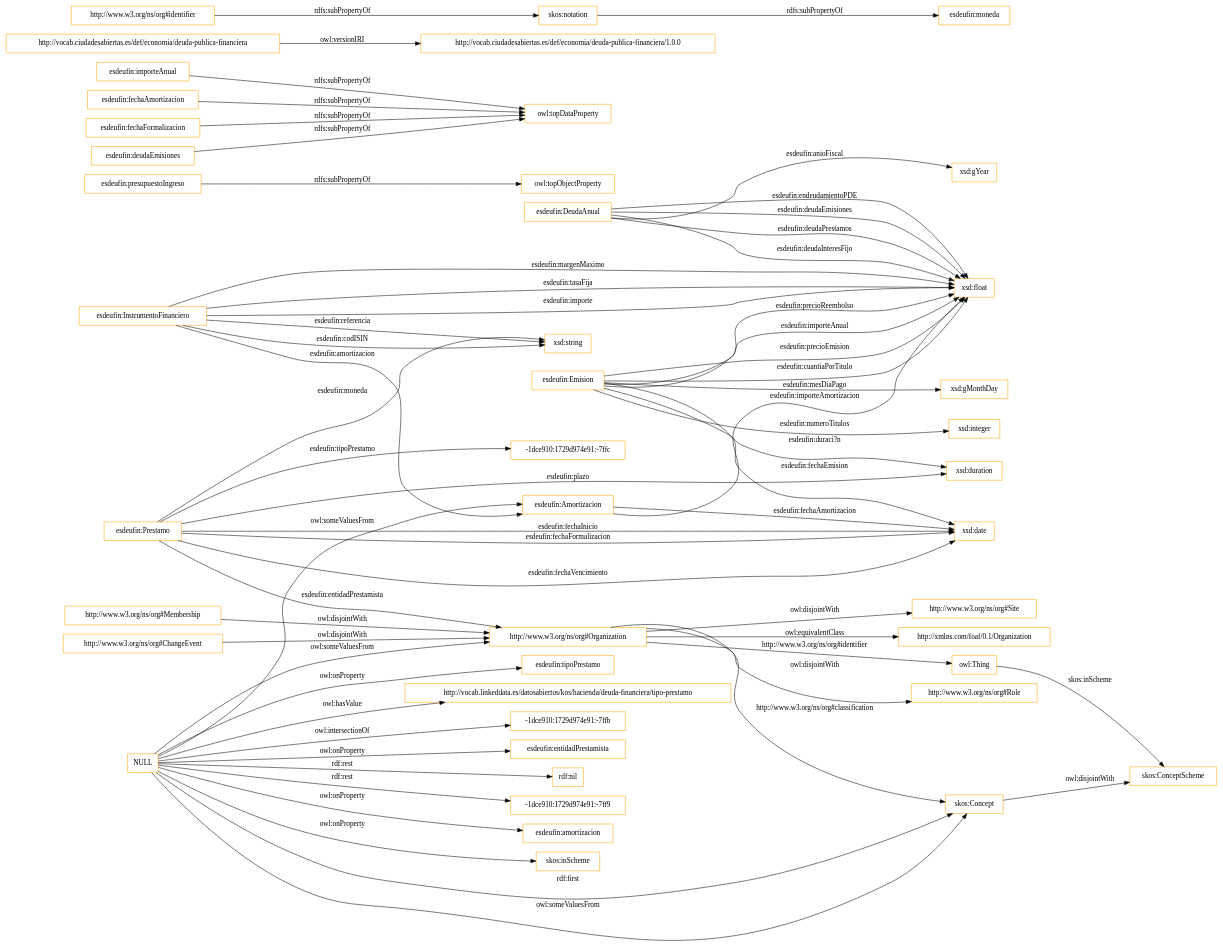
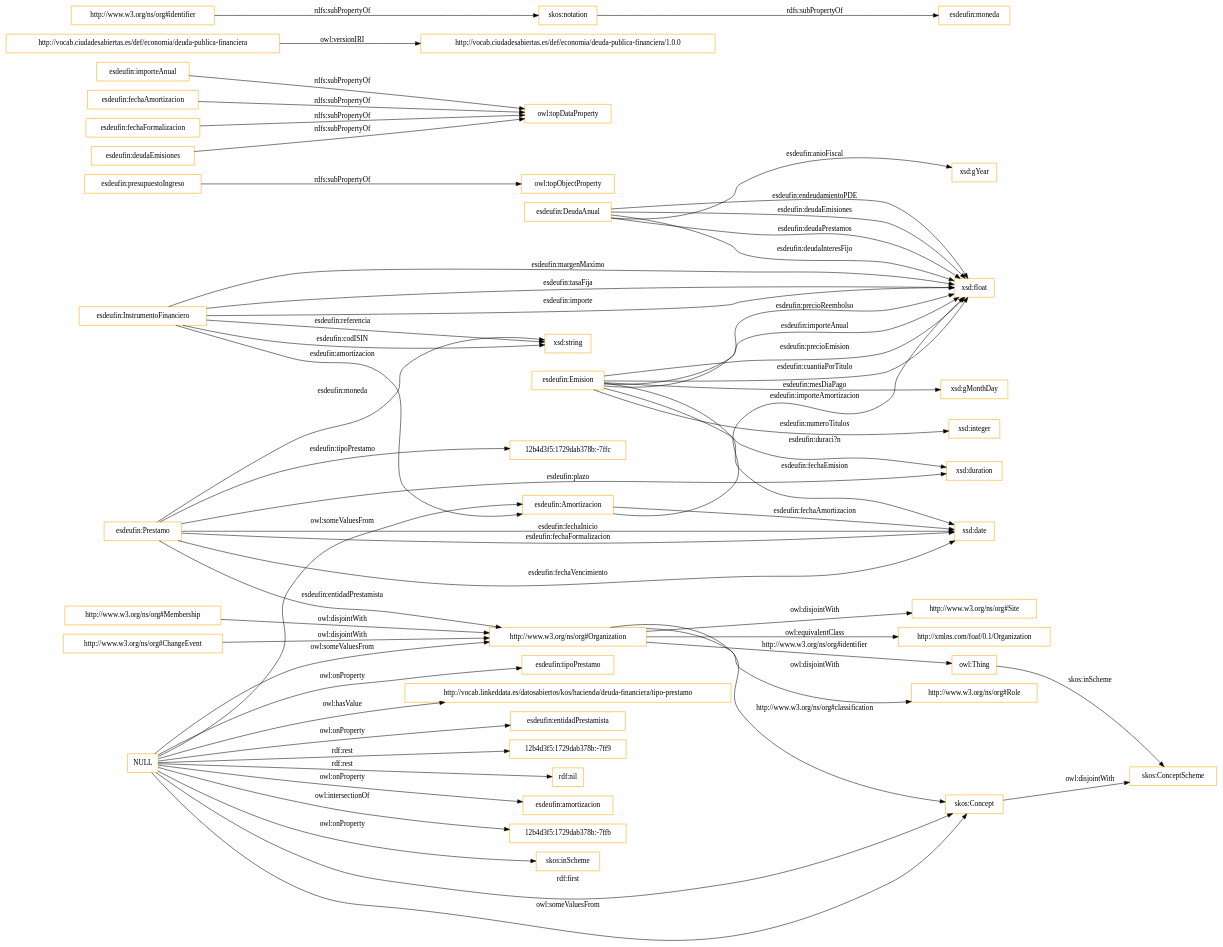
The diagram in OnToology/ontology/deudaPublicaFinanciera.owl/diagrams/ar2dtool-class/deudaPublicaFinanciera.owl.png.dot (leticiarubalcabadg/vocab-economia-deuda-financiera), drawn with Graphviz before and after one commit. The commit also changed 2 other files, not shown here.

```diff
--- a/OnToology/ontology/deudaPublicaFinanciera.owl/diagrams/ar2dtool-class/deudaPublicaFinanciera.owl.png.dot
+++ b/OnToology/ontology/deudaPublicaFinanciera.owl/diagrams/ar2dtool-class/deudaPublicaFinanciera.owl.png.dot
@@ -1,63 +1,63 @@
 digraph ar2dtool_diagram { 
 rankdir=LR;
 size="1501"
-node [shape = rectangle, color="orange"]; "esdeufin:InstrumentoFinanciero" "esdeufin:DeudaAnual" "esdeufin:Emision" "-1dce910:1729d974e91:-7ffc" "esdeufin:Amortizacion" "http://www.w3.org/ns/org#Site" "skos:ConceptScheme" "esdeufin:Prestamo" "http://xmlns.com/foaf/0.1/Organization" "skos:Concept" "http://www.w3.org/ns/org#Organization" "http://www.w3.org/ns/org#Role" "http://www.w3.org/ns/org#ChangeEvent" "http://www.w3.org/ns/org#Membership" ; /*classes style*/
+node [shape = rectangle, color="orange"]; "esdeufin:InstrumentoFinanciero" "esdeufin:DeudaAnual" "esdeufin:Emision" "esdeufin:Amortizacion" "http://www.w3.org/ns/org#Site" "skos:ConceptScheme" "esdeufin:Prestamo" "http://xmlns.com/foaf/0.1/Organization" "skos:Concept" "http://www.w3.org/ns/org#Organization" "http://www.w3.org/ns/org#Role" "12b4d3f5:1729dab378b:-7ffc" "http://www.w3.org/ns/org#ChangeEvent" "http://www.w3.org/ns/org#Membership" ; /*classes style*/
 	"esdeufin:presupuestoIngreso" -> "owl:topObjectProperty" [ label = "rdfs:subPropertyOf" ];
 	"esdeufin:importeAnual" -> "owl:topDataProperty" [ label = "rdfs:subPropertyOf" ];
 	"skos:Concept" -> "skos:ConceptScheme" [ label = "owl:disjointWith" ];
 	"http://www.w3.org/ns/org#Membership" -> "http://www.w3.org/ns/org#Organization" [ label = "owl:disjointWith" ];
 	"http://vocab.ciudadesabiertas.es/def/economia/deuda-publica-financiera" -> "http://vocab.ciudadesabiertas.es/def/economia/deuda-publica-financiera/1.0.0" [ label = "owl:versionIRI" ];
 	"http://www.w3.org/ns/org#Organization" -> "http://www.w3.org/ns/org#Role" [ label = "owl:disjointWith" ];
 	"http://www.w3.org/ns/org#Organization" -> "http://xmlns.com/foaf/0.1/Organization" [ label = "owl:equivalentClass" ];
 	"http://www.w3.org/ns/org#Organization" -> "http://www.w3.org/ns/org#Site" [ label = "owl:disjointWith" ];
 	"http://www.w3.org/ns/org#ChangeEvent" -> "http://www.w3.org/ns/org#Organization" [ label = "owl:disjointWith" ];
 	"NULL" -> "esdeufin:tipoPrestamo" [ label = "owl:onProperty" ];
 	"NULL" -> "http://vocab.linkeddata.es/datosabiertos/kos/hacienda/deuda-financiera/tipo-prestamo" [ label = "owl:hasValue" ];
 	"NULL" -> "skos:Concept" [ label = "rdf:first" ];
-	"NULL" -> "-1dce910:1729d974e91:-7ffb" [ label = "owl:intersectionOf" ];
 	"NULL" -> "esdeufin:entidadPrestamista" [ label = "owl:onProperty" ];
+	"NULL" -> "12b4d3f5:1729dab378b:-7ff9" [ label = "rdf:rest" ];
 	"NULL" -> "rdf:nil" [ label = "rdf:rest" ];
 	"NULL" -> "skos:Concept" [ label = "owl:someValuesFrom" ];
 	"NULL" -> "http://www.w3.org/ns/org#Organization" [ label = "owl:someValuesFrom" ];
-	"NULL" -> "-1dce910:1729d974e91:-7ff9" [ label = "rdf:rest" ];
 	"NULL" -> "esdeufin:amortizacion" [ label = "owl:onProperty" ];
 	"NULL" -> "esdeufin:Amortizacion" [ label = "owl:someValuesFrom" ];
+	"NULL" -> "12b4d3f5:1729dab378b:-7ffb" [ label = "owl:intersectionOf" ];
 	"NULL" -> "skos:inScheme" [ label = "owl:onProperty" ];
 	"skos:notation" -> "esdeufin:moneda" [ label = "rdfs:subPropertyOf" ];
 	"esdeufin:fechaAmortizacion" -> "owl:topDataProperty" [ label = "rdfs:subPropertyOf" ];
 	"http://www.w3.org/ns/org#identifier" -> "skos:notation" [ label = "rdfs:subPropertyOf" ];
 	"esdeufin:fechaFormalizacion" -> "owl:topDataProperty" [ label = "rdfs:subPropertyOf" ];
 	"esdeufin:deudaEmisiones" -> "owl:topDataProperty" [ label = "rdfs:subPropertyOf" ];
 	"esdeufin:Emision" -> "xsd:integer" [ label = "esdeufin:numeroTitulos" ];
 	"esdeufin:DeudaAnual" -> "xsd:float" [ label = "esdeufin:endeudamientoPDE" ];
 	"esdeufin:Emision" -> "xsd:gMonthDay" [ label = "esdeufin:mesDiaPago" ];
 	"esdeufin:InstrumentoFinanciero" -> "xsd:float" [ label = "esdeufin:margenMaximo" ];
 	"esdeufin:InstrumentoFinanciero" -> "xsd:string" [ label = "esdeufin:codISIN" ];
 	"esdeufin:Prestamo" -> "xsd:date" [ label = "esdeufin:fechaVencimiento" ];
 	"esdeufin:InstrumentoFinanciero" -> "xsd:float" [ label = "esdeufin:tasaFija" ];
 	"esdeufin:InstrumentoFinanciero" -> "xsd:string" [ label = "esdeufin:referencia" ];
 	"esdeufin:InstrumentoFinanciero" -> "esdeufin:Amortizacion" [ label = "esdeufin:amortizacion" ];
 	"owl:Thing" -> "skos:ConceptScheme" [ label = "skos:inScheme" ];
 	"esdeufin:Emision" -> "xsd:float" [ label = "esdeufin:importeAnual" ];
 	"http://www.w3.org/ns/org#Organization" -> "owl:Thing" [ label = "http://www.w3.org/ns/org#identifier" ];
 	"esdeufin:Prestamo" -> "xsd:string" [ label = "esdeufin:moneda" ];
 	"http://www.w3.org/ns/org#Organization" -> "skos:Concept" [ label = "http://www.w3.org/ns/org#classification" ];
 	"esdeufin:Emision" -> "xsd:float" [ label = "esdeufin:precioEmision" ];
 	"esdeufin:Emision" -> "xsd:duration" [ label = "esdeufin:duraci?n" ];
 	"esdeufin:DeudaAnual" -> "xsd:float" [ label = "esdeufin:deudaEmisiones" ];
 	"esdeufin:Emision" -> "xsd:float" [ label = "esdeufin:cuantiaPorTitulo" ];
 	"esdeufin:DeudaAnual" -> "xsd:float" [ label = "esdeufin:deudaPrestamos" ];
 	"esdeufin:Emision" -> "xsd:date" [ label = "esdeufin:fechaEmision" ];
 	"esdeufin:DeudaAnual" -> "xsd:float" [ label = "esdeufin:deudaInteresFijo" ];
 	"esdeufin:Amortizacion" -> "xsd:date" [ label = "esdeufin:fechaAmortizacion" ];
 	"esdeufin:Amortizacion" -> "xsd:float" [ label = "esdeufin:importeAmortizacion" ];
 	"esdeufin:Prestamo" -> "xsd:duration" [ label = "esdeufin:plazo" ];
-	"esdeufin:Prestamo" -> "-1dce910:1729d974e91:-7ffc" [ label = "esdeufin:tipoPrestamo" ];
+	"esdeufin:Prestamo" -> "12b4d3f5:1729dab378b:-7ffc" [ label = "esdeufin:tipoPrestamo" ];
 	"esdeufin:Prestamo" -> "xsd:date" [ label = "esdeufin:fechaInicio" ];
 	"esdeufin:DeudaAnual" -> "xsd:gYear" [ label = "esdeufin:anioFiscal" ];
 	"esdeufin:InstrumentoFinanciero" -> "xsd:float" [ label = "esdeufin:importe" ];
 	"esdeufin:Prestamo" -> "xsd:date" [ label = "esdeufin:fechaFormalizacion" ];
 	"esdeufin:Emision" -> "xsd:float" [ label = "esdeufin:precioReembolso" ];
 	"esdeufin:Prestamo" -> "http://www.w3.org/ns/org#Organization" [ label = "esdeufin:entidadPrestamista" ];
 
 }
```
